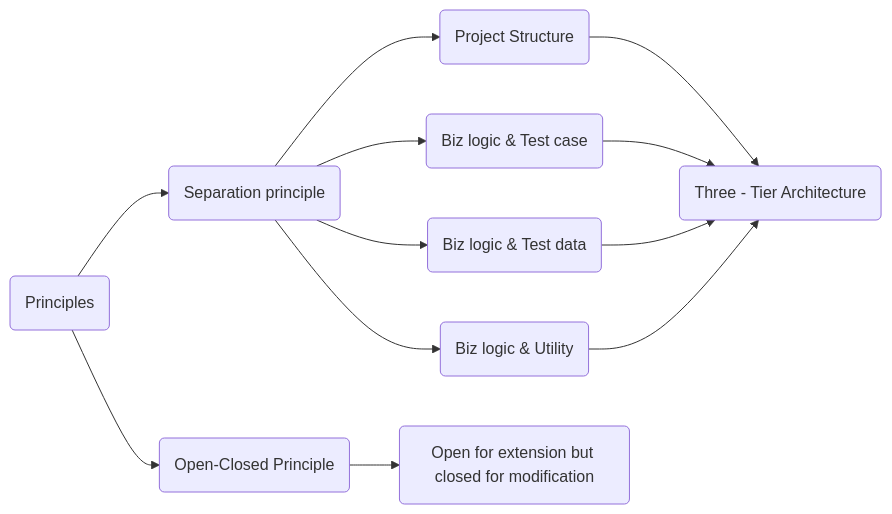
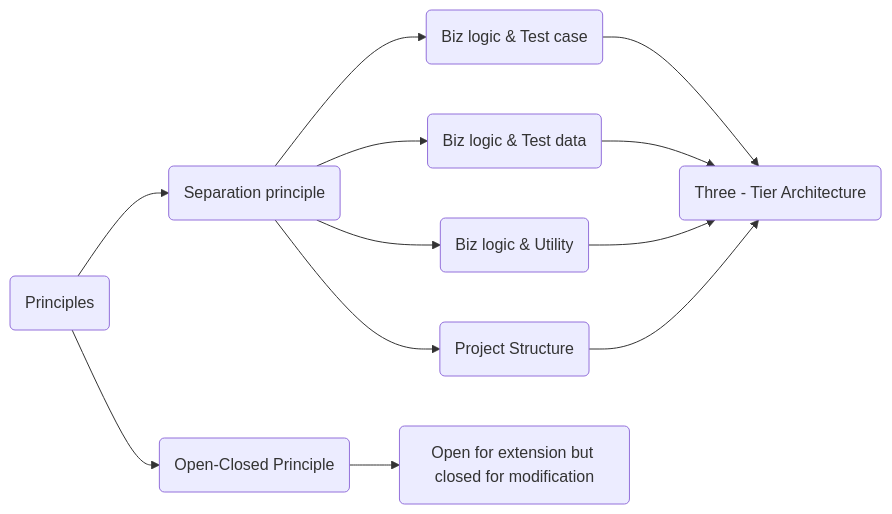
One commit to Jason90/PytestContacts changed the diagram in doc/4.design/standards.md. Above: the diagram before and after it, drawn with Mermaid. The commit also changed other lines of this file and 9 other files, not shown here.

````diff
--- a/doc/4.design/standards.md
+++ b/doc/4.design/standards.md
@@ -36,19 +36,19 @@
 ```mermaid
     graph LR
 
     A1-->B1(Separation principle)
 
-    B1-->C2(Project Structure)
-    B1-->C3(Biz logic & Test case)
-    B1-->C4(Biz logic & Test data)
-    B1-->C5(Biz logic & Utility)
+    B1-->C2(Biz logic & Test case)
+    B1-->C3(Biz logic & Test data)
+    B1-->C4(Biz logic & Utility)
+    B1-->C5(Project Structure)
 
     C2-->D2(Three - Tier Architecture)
     C3-->D2
     C4-->D2
     C5-->D2
 
     A1(Principles)-->B2(Open-Closed Principle)
     B2-->C1(Open for extension but closed for modification)
 
 ```
````
